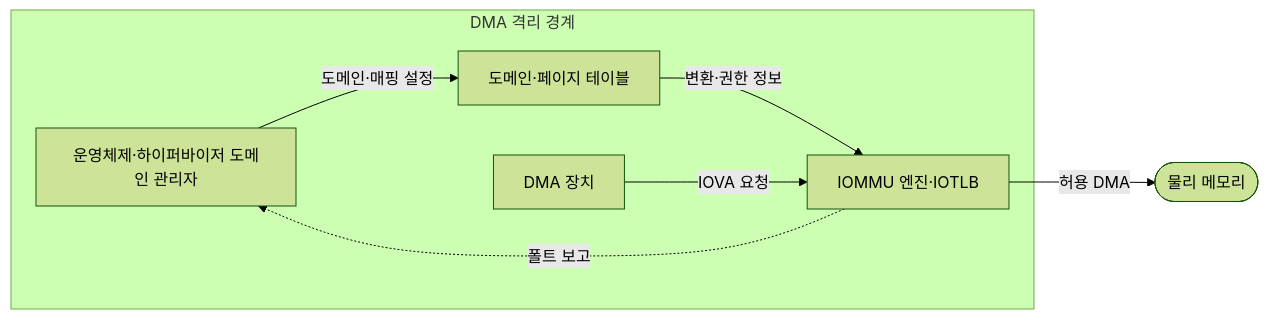
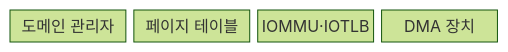
Before and after one commit to agnusdei1207/knowledge-base: the first of 2 diagrams in src/content/docs/notes/02-hardware/086_iommu.md, drawn with Mermaid (forest theme). The commit also changed other lines of this file and 20 other files, not shown here.

````diff
--- a/src/content/docs/notes/02-hardware/086_iommu.md
+++ b/src/content/docs/notes/02-hardware/086_iommu.md
@@ -62,14 +60,8 @@
 ```mermaid
-flowchart LR
-    subgraph B["DMA 격리 경계"]
-        O["운영체제·하이퍼바이저 도메인 관리자"]
-        T["도메인·페이지 테이블"]
-        I["IOMMU 엔진·IOTLB"]
-        D["DMA 장치"]
-        O -->|"도메인·매핑 설정"| T
-        T -->|"변환·권한 정보"| I
-        D -->|"IOVA 요청"| I
-        I -.->|"폴트 보고"| O
-    end
-    I -->|"허용 DMA"| M([물리 메모리])
+block
+  columns 4
+  O["도메인 관리자"]
+  T["페이지 테이블"]
+  I["IOMMU·IOTLB"]
+  D["DMA 장치"]
 ```
````
